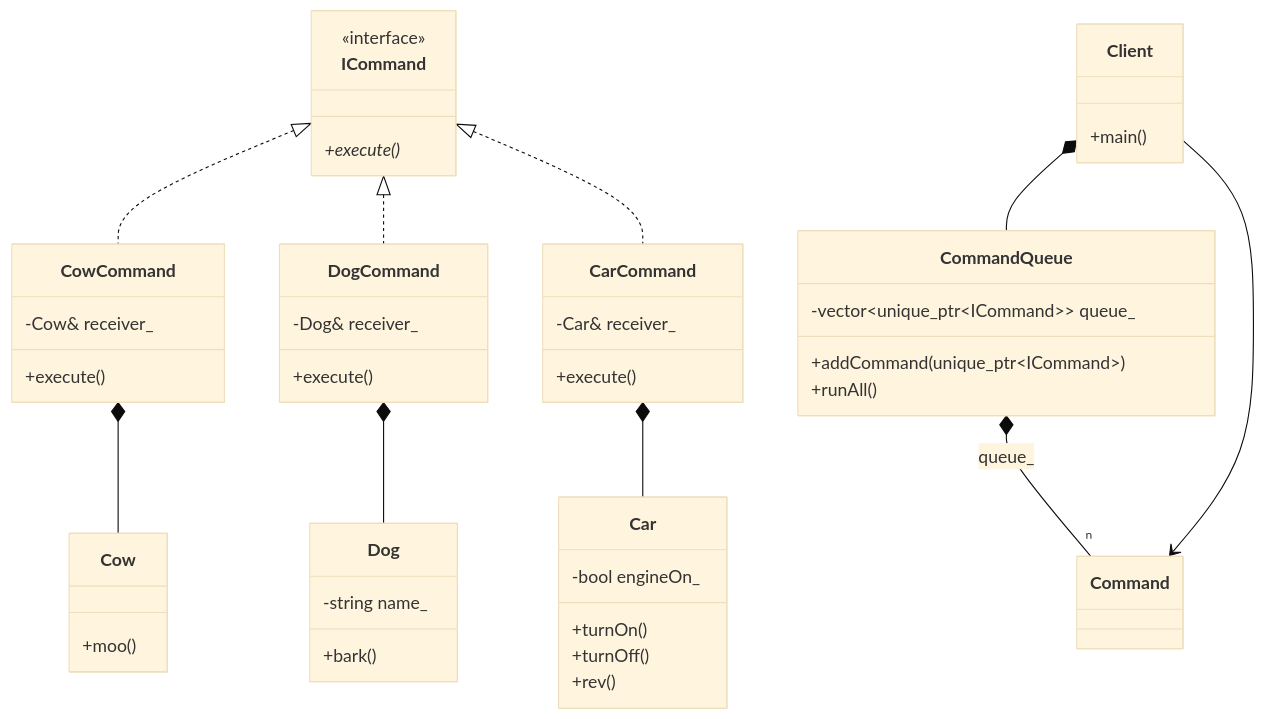
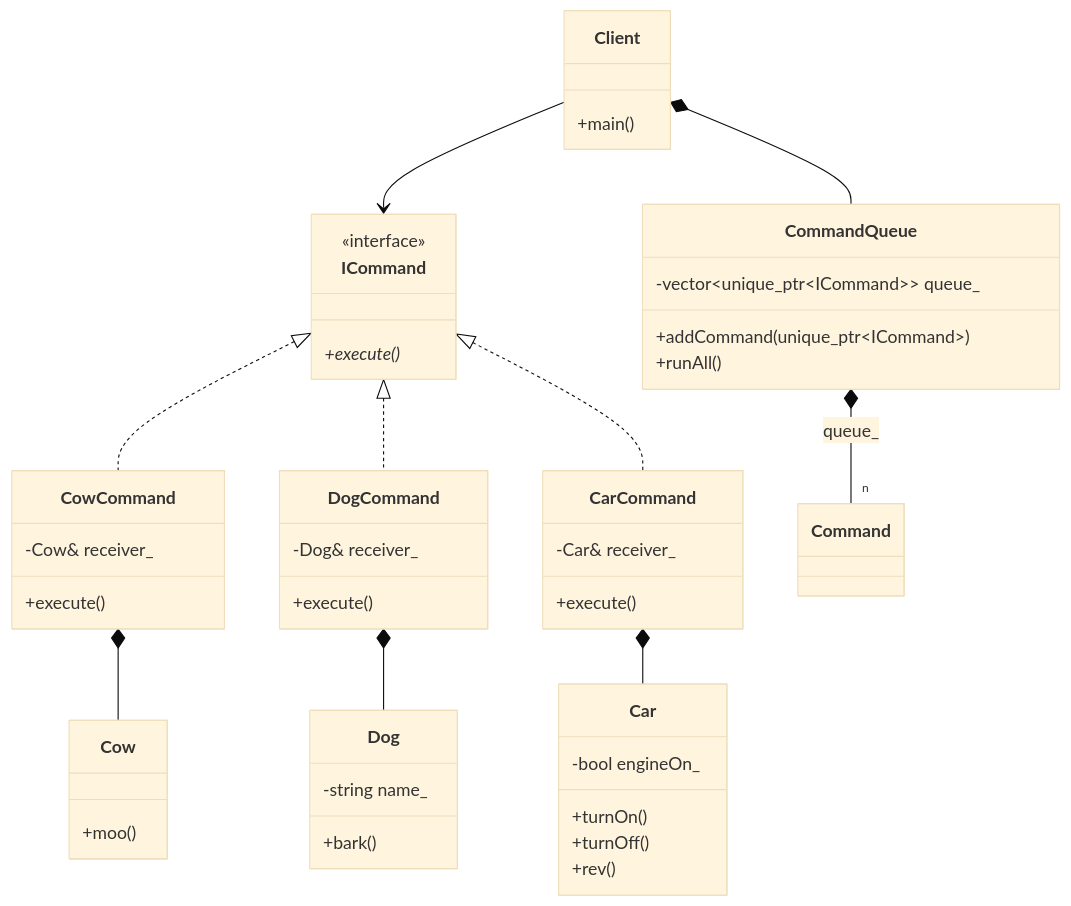
The diagram in 19_Command/01_Command_GoF/diagram.md (Cichlidfishexigency721/Modern-CPP-Design-Patterns), drawn with Mermaid (base theme) before and after one commit.

Commit message:
UML improvement

````diff
--- a/19_Command/01_Command_GoF/diagram.md
+++ b/19_Command/01_Command_GoF/diagram.md
@@ -3,66 +3,66 @@
 ```mermaid
 classDiagram
    class ICommand {
       <<interface>>
       +execute()*
    }
 
    class CowCommand {
       -Cow& receiver_
       +execute()
    }
 
    class DogCommand {
       -Dog& receiver_
       +execute()
    }
 
    class CarCommand {
       -Car& receiver_
       +execute()
    }
 
    class Cow {
       +moo()
    }
 
    class Dog {
       -string name_
       +bark()
    }
 
    class Car {
       -bool engineOn_
       +turnOn()
       +turnOff()
       +rev()
    }
 
    class CommandQueue {
       -vector~unique_ptr~ICommand~~ queue_
       +addCommand(unique_ptr~ICommand~)
       +runAll()
    }
 
    class Client {
       +main()
    }
 
    %% Inheritance (Implements)
    ICommand <|.. CowCommand
    ICommand <|.. DogCommand
    ICommand <|.. CarCommand
 
    %% The CommandQueue owns the commands
    %% Composition (Has_a) - Multiplicity "n" at the end
    CommandQueue *-- "n" Command : queue_
 
    %% Commands depend on their Receivers to do the work
    CowCommand *-- Cow
    DogCommand *-- Dog
    CarCommand *-- Car
 
    %% Client orchestrates everything
    Client *-- CommandQueue
-   Client --> Command
+   Client --> ICommand
 ```
````
